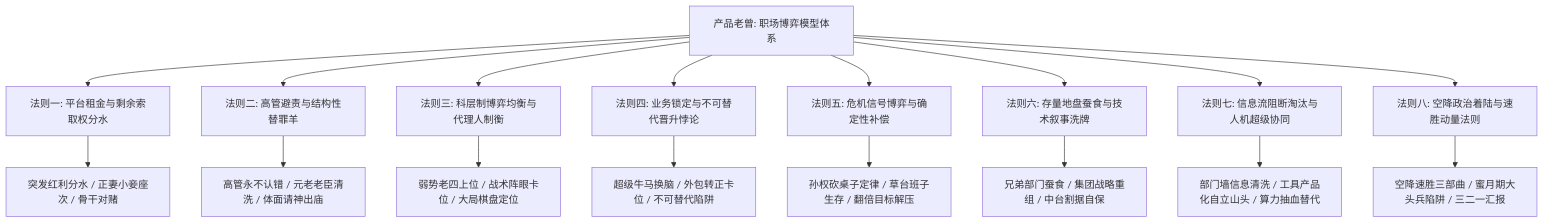
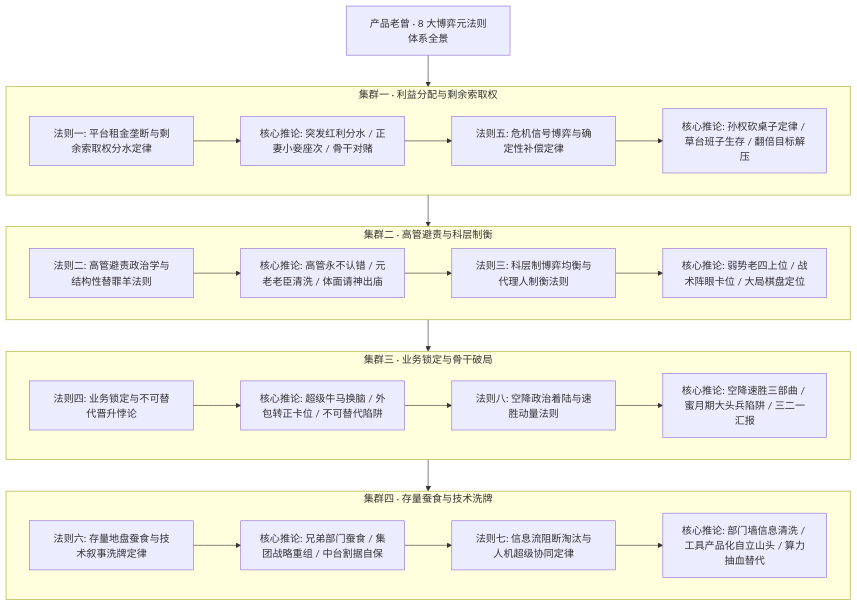
Before and after one commit to dollarser/knowledge: the diagram in content/laozeng-workplace-codex.md, drawn with Mermaid.

Commit message:
style: stack 8 meta-principles codex flowchart into pure vertical clusters

````diff
--- a/content/laozeng-workplace-codex.md
+++ b/content/laozeng-workplace-codex.md
@@ -23,20 +23,49 @@
 ```mermaid
 flowchart TD
-    Codex["产品老曾: 职场博弈模型体系"] --> M1["法则一: 平台租金与剩余索取权分水"]
-    Codex --> M2["法则二: 高管避责与结构性替罪羊"]
-    Codex --> M3["法则三: 科层制博弈均衡与代理人制衡"]
-    Codex --> M4["法则四: 业务锁定与不可替代晋升悖论"]
-    Codex --> M5["法则五: 危机信号博弈与确定性补偿"]
-    Codex --> M6["法则六: 存量地盘蚕食与技术叙事洗牌"]
-    Codex --> M7["法则七: 信息流阻断淘汰与人机超级协同"]
-    Codex --> M8["法则八: 空降政治着陆与速胜动量法则"]
+    Codex["产品老曾 · 8 大博弈元法则体系全景"]
 
-    M1 --> C1["突发红利分水 / 正妻小妾座次 / 骨干对赌"]
-    M2 --> C2["高管永不认错 / 元老老臣清洗 / 体面请神出庙"]
-    M3 --> C3["弱势老四上位 / 战术阵眼卡位 / 大局棋盘定位"]
-    M4 --> C4["超级牛马换脑 / 外包转正卡位 / 不可替代陷阱"]
-    M5 --> C5["孙权砍桌子定律 / 草台班子生存 / 翻倍目标解压"]
-    M6 --> C6["兄弟部门蚕食 / 集团战略重组 / 中台割据自保"]
-    M7 --> C7["部门墙信息清洗 / 工具产品化自立山头 / 算力抽血替代"]
-    M8 --> C8["空降速胜三部曲 / 蜜月期大头兵陷阱 / 三二一汇报"]
+    subgraph G1["集群一 · 利益分配与剩余索取权"]
+        M1["法则一: 平台租金垄断与剩余索取权分水定律"]
+        C1["核心推论: 突发红利分水 / 正妻小妾座次 / 骨干对赌"]
+        M5["法则五: 危机信号博弈与确定性补偿定律"]
+        C5["核心推论: 孙权砍桌子定律 / 草台班子生存 / 翻倍目标解压"]
+        M1 --> C1
+        C1 --> M5
+        M5 --> C5
+    end
+
+    subgraph G2["集群二 · 高管避责与科层制衡"]
+        M2["法则二: 高管避责政治学与结构性替罪羊法则"]
+        C2["核心推论: 高管永不认错 / 元老老臣清洗 / 体面请神出庙"]
+        M3["法则三: 科层制博弈均衡与代理人制衡法则"]
+        C3["核心推论: 弱势老四上位 / 战术阵眼卡位 / 大局棋盘定位"]
+        M2 --> C2
+        C2 --> M3
+        M3 --> C3
+    end
+
+    subgraph G3["集群三 · 业务锁定与骨干破局"]
+        M4["法则四: 业务锁定与不可替代晋升悖论"]
+        C4["核心推论: 超级牛马换脑 / 外包转正卡位 / 不可替代陷阱"]
+        M8["法则八: 空降政治着陆与速胜动量法则"]
+        C8["核心推论: 空降速胜三部曲 / 蜜月期大头兵陷阱 / 三二一汇报"]
+        M4 --> C4
+        C4 --> M8
+        M8 --> C8
+    end
+
+    subgraph G4["集群四 · 存量蚕食与技术洗牌"]
+        M6["法则六: 存量地盘蚕食与技术叙事洗牌定律"]
+        C6["核心推论: 兄弟部门蚕食 / 集团战略重组 / 中台割据自保"]
+        M7["法则七: 信息流阻断淘汰与人机超级协同定律"]
+        C7["核心推论: 部门墙信息清洗 / 工具产品化自立山头 / 算力抽血替代"]
+        M6 --> C6
+        C6 --> M7
+        M7 --> C7
+    end
+
+    Codex --> G1
+    G1 --> G2
+    G2 --> G3
+    G3 --> G4
 ```
````
